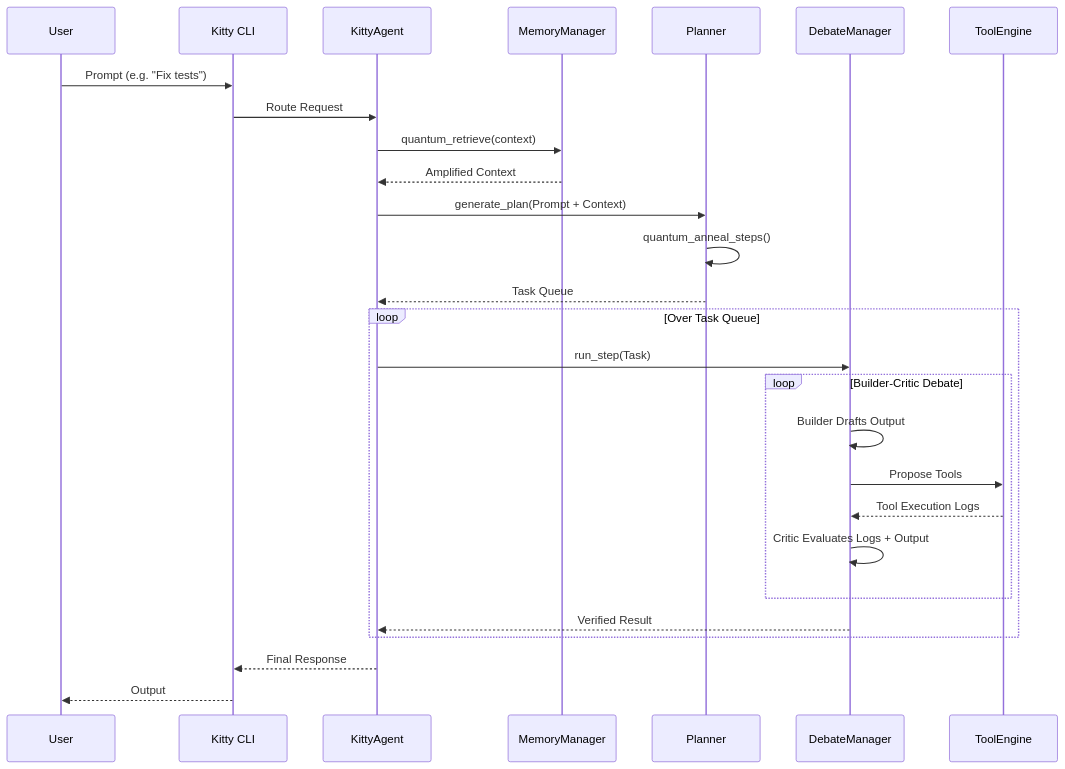
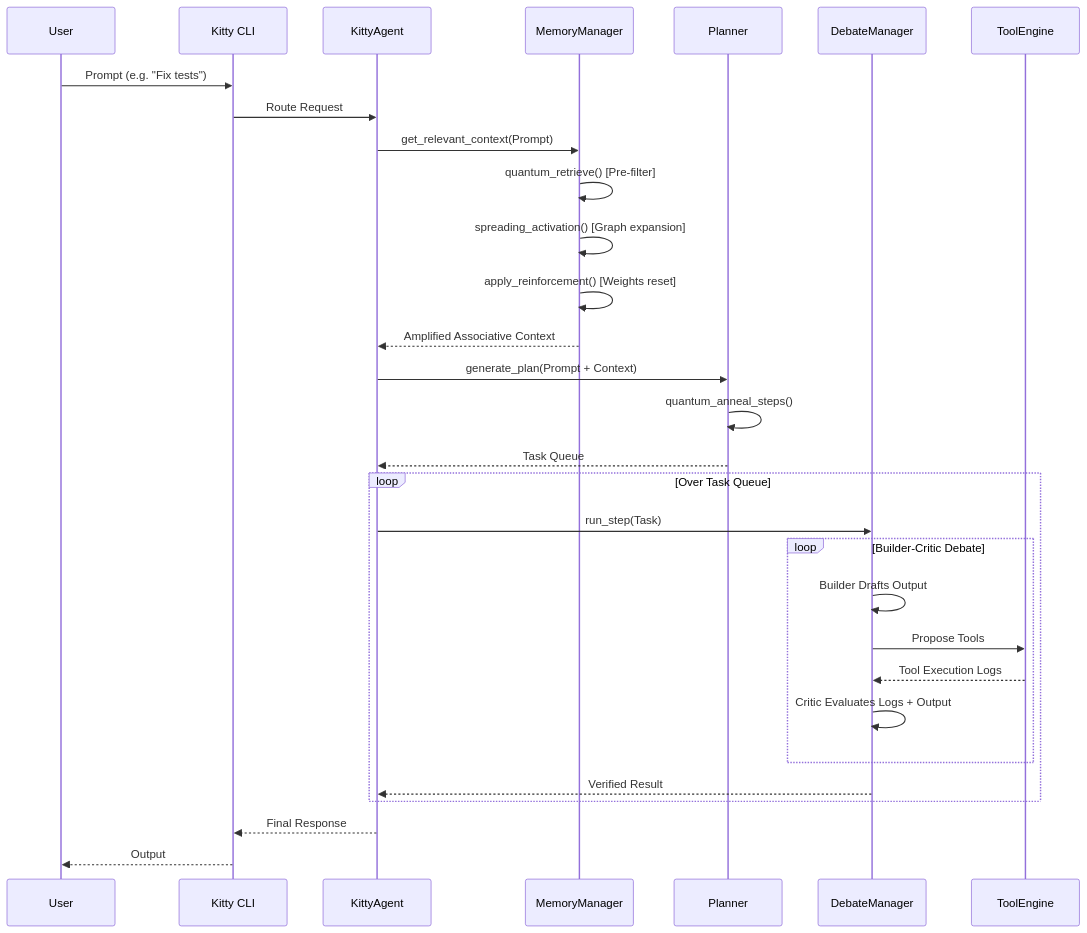
The second of 3 diagrams in README.md (Quantum-Blade1/kitty-CLI), drawn with Mermaid before and after one commit. The commit also changed other lines of this file, not shown here.

Commit message:
docs: update README with Cognitive Knowledge Graph and Spreading Activation details

````diff
--- a/README.md
+++ b/README.md
@@ -156,34 +164,37 @@
 ```mermaid
 sequenceDiagram
     participant User
     participant CLI as Kitty CLI
     participant Agent as KittyAgent
     participant Mem as MemoryManager
     participant Plan as Planner
     participant Debate as DebateManager
     participant Tools as ToolEngine
 
     User->>CLI: Prompt (e.g. "Fix tests")
     CLI->>Agent: Route Request
-    Agent->>Mem: quantum_retrieve(context)
-    Mem-->>Agent: Amplified Context
+    Agent->>Mem: get_relevant_context(Prompt)
+    Mem->>Mem: quantum_retrieve() [Pre-filter]
+    Mem->>Mem: spreading_activation() [Graph expansion]
+    Mem->>Mem: apply_reinforcement() [Weights reset]
+    Mem-->>Agent: Amplified Associative Context
     Agent->>Plan: generate_plan(Prompt + Context)
     Plan->>Plan: quantum_anneal_steps()
     Plan-->>Agent: Task Queue
     
     loop Over Task Queue
         Agent->>Debate: run_step(Task)
         
         loop Builder-Critic Debate
             Debate->>Debate: Builder Drafts Output
             Debate->>Tools: Propose Tools
             Tools-->>Debate: Tool Execution Logs
             Debate->>Debate: Critic Evaluates Logs + Output
         end
         
         Debate-->>Agent: Verified Result
     end
     
     Agent-->>CLI: Final Response
     CLI-->>User: Output
 ```
````
